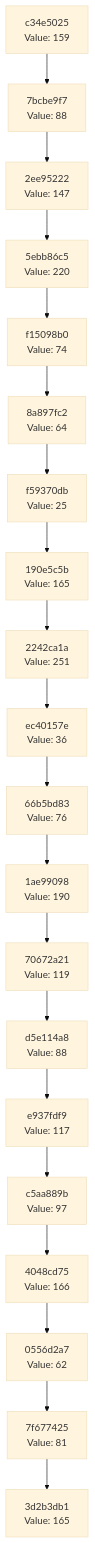
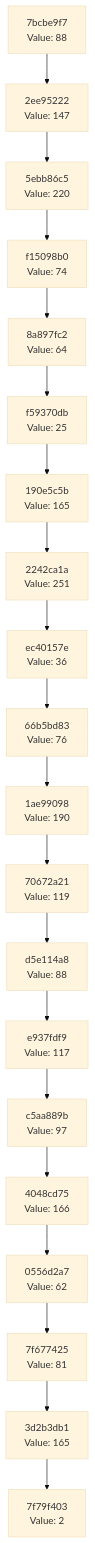
The diagram in docs/CHAIN_VISUALIZATION.md (Abhisheksinha1506/hash-chain-evolver), drawn with Mermaid (base theme) before and after one commit. The commit also changed 2 other files, not shown here.

Commit message:
Evolution step: hash 0x02 → action executed

````diff
--- a/docs/CHAIN_VISUALIZATION.md
+++ b/docs/CHAIN_VISUALIZATION.md
@@ -3,42 +3,42 @@
 ```mermaid
 graph TD
-    C0["3d2b3db1<br/>Value: 165"]
-    C1["7f677425<br/>Value: 81"]
+    C0["7f79f403<br/>Value: 2"]
+    C1["3d2b3db1<br/>Value: 165"]
     C1 --> C0
-    C2["0556d2a7<br/>Value: 62"]
+    C2["7f677425<br/>Value: 81"]
     C2 --> C1
-    C3["4048cd75<br/>Value: 166"]
+    C3["0556d2a7<br/>Value: 62"]
     C3 --> C2
-    C4["c5aa889b<br/>Value: 97"]
+    C4["4048cd75<br/>Value: 166"]
     C4 --> C3
-    C5["e937fdf9<br/>Value: 117"]
+    C5["c5aa889b<br/>Value: 97"]
     C5 --> C4
-    C6["d5e114a8<br/>Value: 88"]
+    C6["e937fdf9<br/>Value: 117"]
     C6 --> C5
-    C7["70672a21<br/>Value: 119"]
+    C7["d5e114a8<br/>Value: 88"]
     C7 --> C6
-    C8["1ae99098<br/>Value: 190"]
+    C8["70672a21<br/>Value: 119"]
     C8 --> C7
-    C9["66b5bd83<br/>Value: 76"]
+    C9["1ae99098<br/>Value: 190"]
     C9 --> C8
-    C10["ec40157e<br/>Value: 36"]
+    C10["66b5bd83<br/>Value: 76"]
     C10 --> C9
-    C11["2242ca1a<br/>Value: 251"]
+    C11["ec40157e<br/>Value: 36"]
     C11 --> C10
-    C12["190e5c5b<br/>Value: 165"]
+    C12["2242ca1a<br/>Value: 251"]
     C12 --> C11
-    C13["f59370db<br/>Value: 25"]
+    C13["190e5c5b<br/>Value: 165"]
     C13 --> C12
-    C14["8a897fc2<br/>Value: 64"]
+    C14["f59370db<br/>Value: 25"]
     C14 --> C13
-    C15["f15098b0<br/>Value: 74"]
+    C15["8a897fc2<br/>Value: 64"]
     C15 --> C14
-    C16["5ebb86c5<br/>Value: 220"]
+    C16["f15098b0<br/>Value: 74"]
     C16 --> C15
-    C17["2ee95222<br/>Value: 147"]
+    C17["5ebb86c5<br/>Value: 220"]
     C17 --> C16
-    C18["7bcbe9f7<br/>Value: 88"]
+    C18["2ee95222<br/>Value: 147"]
     C18 --> C17
-    C19["c34e5025<br/>Value: 159"]
+    C19["7bcbe9f7<br/>Value: 88"]
     C19 --> C18
 ```
````
